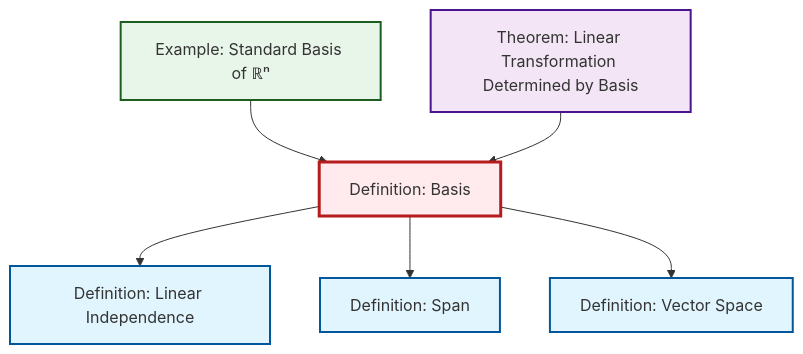
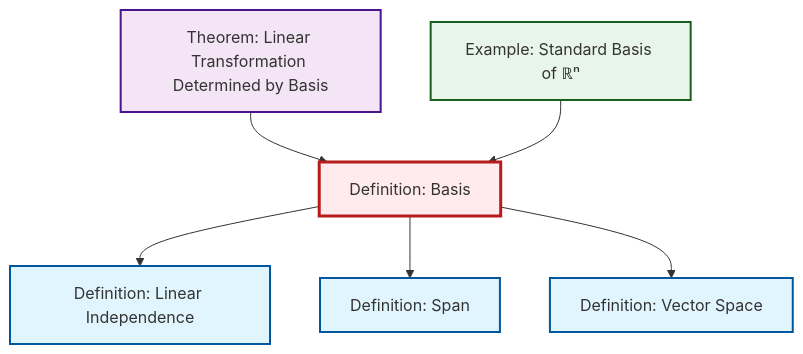
One commit to RK0429/ModernMath changed the diagram in content/ja/algebra/def-basis.qmd. Above: the diagram before and after it, drawn with Mermaid. The commit also changed other lines of this file and 417 other files, not shown here.

````diff
--- a/content/ja/algebra/def-basis.qmd
+++ b/content/ja/algebra/def-basis.qmd
@@ -56,26 +56,26 @@
 ```{mermaid}
 %%| fig-cap: "Local dependency graph"
 graph TD
     classDef definition fill:#e1f5fe,stroke:#01579b,stroke-width:2px
     classDef theorem fill:#f3e5f5,stroke:#4a148c,stroke-width:2px
     classDef axiom fill:#fff3e0,stroke:#e65100,stroke-width:2px
     classDef example fill:#e8f5e9,stroke:#1b5e20,stroke-width:2px
     classDef current fill:#ffebee,stroke:#b71c1c,stroke-width:3px
+    def-linear-independence["Definition: Linear Independence"]:::definition
+    def-vector-space["Definition: Vector Space"]:::definition
+    def-span["Definition: Span"]:::definition
     ex-standard-basis-rn["Example: Standard Basis of ℝⁿ"]:::example
     def-basis["Definition: Basis"]:::definition
     thm-linear-transformation-basis["Theorem: Linear Transformation Determined by Basis"]:::theorem
-    def-linear-independence["Definition: Linear Independence"]:::definition
-    def-span["Definition: Span"]:::definition
-    def-vector-space["Definition: Vector Space"]:::definition
-    ex-standard-basis-rn --> def-basis
+    thm-linear-transformation-basis --> def-basis
     def-basis --> def-linear-independence
     def-basis --> def-span
+    ex-standard-basis-rn --> def-basis
     def-basis --> def-vector-space
-    thm-linear-transformation-basis --> def-basis
     class def-basis current
+    click def-linear-independence "def-linear-independence.html" "Definition: Linear Independenceへ"
+    click def-vector-space "def-vector-space.html" "Definition: Vector Spaceへ"
+    click def-span "def-span.html" "Definition: Spanへ"
     click ex-standard-basis-rn "ex-standard-basis-rn.html" "Example: Standard Basis of ℝⁿへ"
     click thm-linear-transformation-basis "thm-linear-transformation-basis.html" "Theorem: Linear Transformation Determined by Basisへ"
-    click def-linear-independence "def-linear-independence.html" "Definition: Linear Independenceへ"
-    click def-span "def-span.html" "Definition: Spanへ"
-    click def-vector-space "def-vector-space.html" "Definition: Vector Spaceへ"
 ```
````
